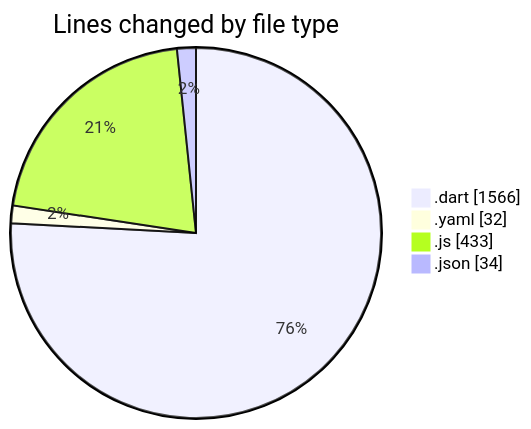
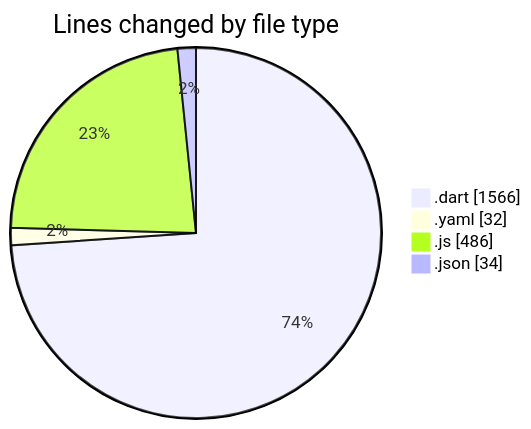
The first of 2 diagrams in 2025-07-30/appproject/README.md (lephambinh05/code-tracking), drawn with Mermaid before and after one commit. The commit also changed other lines of this file and 1 other file, not shown here.

````diff
--- a/2025-07-30/appproject/README.md
+++ b/2025-07-30/appproject/README.md
@@ -33,8 +34,8 @@
 ```mermaid
 pie showData
 title Lines changed by file type
 ".dart" : 1566
 ".yaml" : 32
-".js" : 433
+".js" : 486
 ".json" : 34
 ```
````
